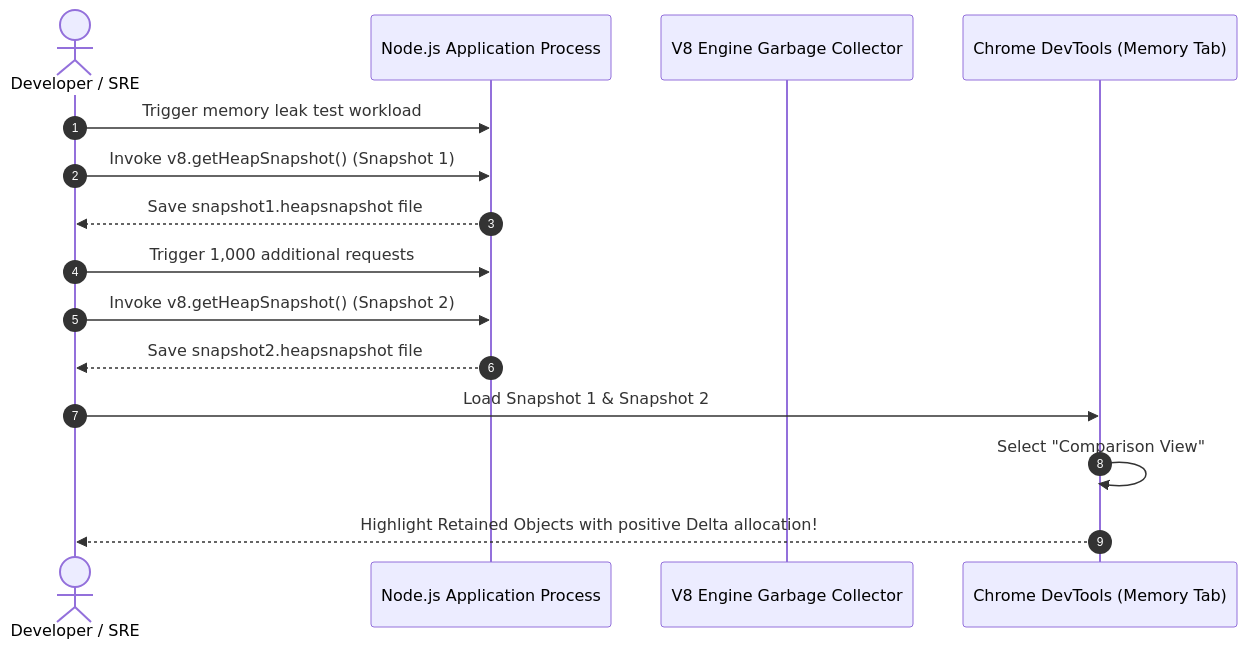
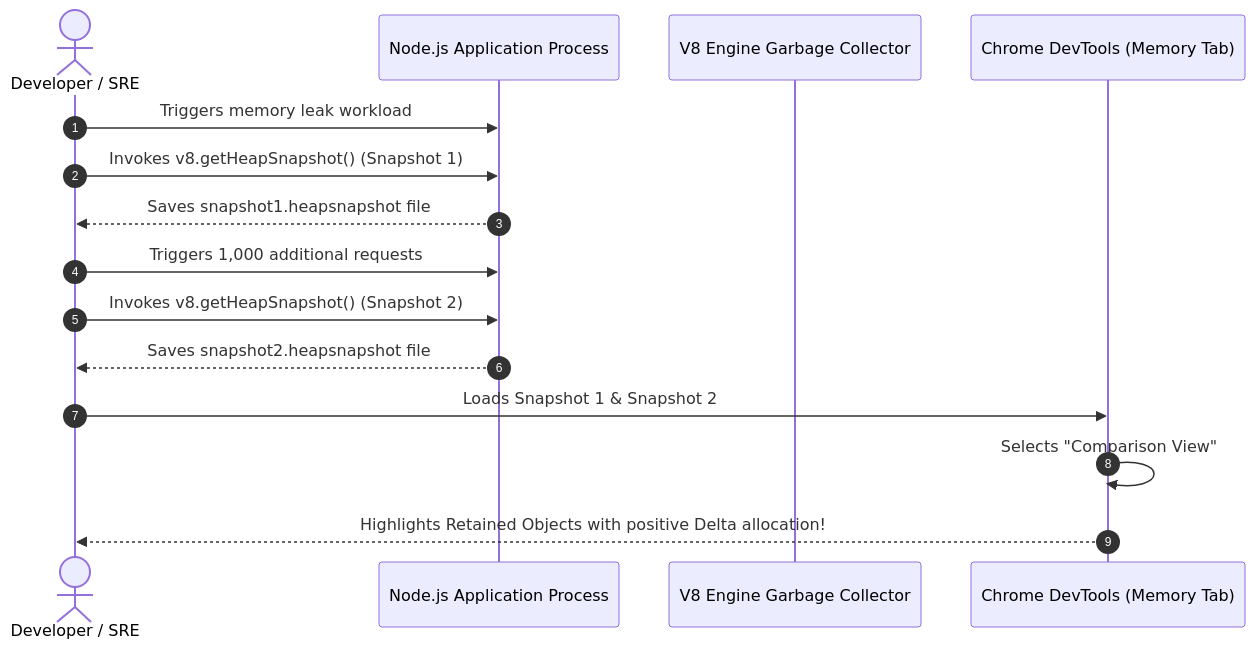
Before and after one commit to Amie-dev/engineering-playbook: the second of 3 diagrams in nodejs-notes/28-debugging-node.md, drawn with Mermaid. The commit also changed other lines of this file and 31 other files, not shown here.

````diff
--- a/nodejs-notes/28-debugging-node.md
+++ b/nodejs-notes/28-debugging-node.md
@@ -36,20 +41,20 @@
 ```mermaid
 sequenceDiagram
     autonumber
     actor Dev as Developer / SRE
     participant Node as Node.js Application Process
     participant V8 as V8 Engine Garbage Collector
     participant DevTools as Chrome DevTools (Memory Tab)
 
-    Dev->>Node: Trigger memory leak test workload
-    Dev->>Node: Invoke v8.getHeapSnapshot() (Snapshot 1)
-    Node-->>Dev: Save snapshot1.heapsnapshot file
+    Dev->>Node: Triggers memory leak workload
+    Dev->>Node: Invokes v8.getHeapSnapshot() (Snapshot 1)
+    Node-->>Dev: Saves snapshot1.heapsnapshot file
     
-    Dev->>Node: Trigger 1,000 additional requests
-    Dev->>Node: Invoke v8.getHeapSnapshot() (Snapshot 2)
-    Node-->>Dev: Save snapshot2.heapsnapshot file
+    Dev->>Node: Triggers 1,000 additional requests
+    Dev->>Node: Invokes v8.getHeapSnapshot() (Snapshot 2)
+    Node-->>Dev: Saves snapshot2.heapsnapshot file
     
-    Dev->>DevTools: Load Snapshot 1 & Snapshot 2
-    DevTools->>DevTools: Select "Comparison View"
-    DevTools-->>Dev: Highlight Retained Objects with positive Delta allocation!
+    Dev->>DevTools: Loads Snapshot 1 & Snapshot 2
+    DevTools->>DevTools: Selects "Comparison View"
+    DevTools-->>Dev: Highlights Retained Objects with positive Delta allocation!
 ```
````
